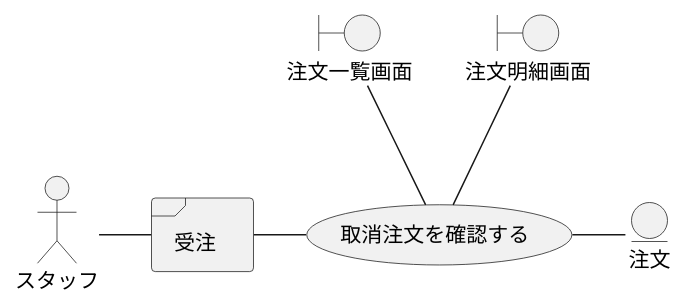
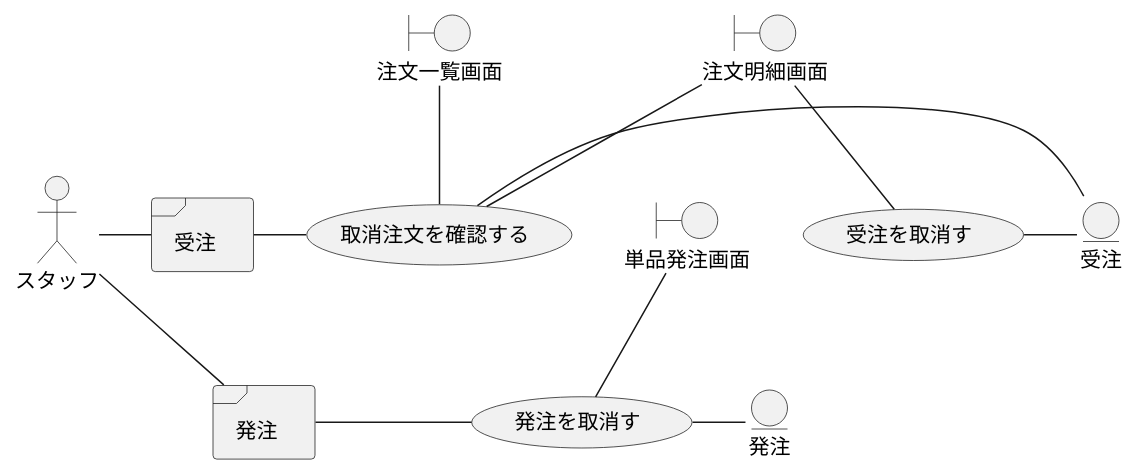
Before and after one commit to k2works/application_programing_excercise_2022: diagram 28 of 57 in docs/index.adoc, drawn with PlantUML. The commit also changed other lines of this file, not shown here.

```diff
--- a/docs/index.adoc
+++ b/docs/index.adoc
@@ -969,16 +980,27 @@
 [plantuml]
 ----
 @startuml
 actor "スタッフ" as ac_01
 frame "受注" as f01
+frame "発注" as f02
 usecase "取消注文を確認する" as UC1
+usecase "受注を取消す" as UC2
+usecase "発注を取消す" as UC3
 boundary "注文一覧画面" as b01
 boundary "注文明細画面" as b02
-entity "注文" as e01
+boundary "単品発注画面" as b03
+entity "受注" as e01
+entity "発注" as e02
 
 ac_01 - f01
 f01 - UC1
 b01 -- UC1
 b02 -- UC1
+b02 -- UC2
 UC1 - e01
+UC2 - e01
+ac_01 -- f02
+f02 - UC3
+b03 -- UC3
+UC3 - e02
 ----
```
